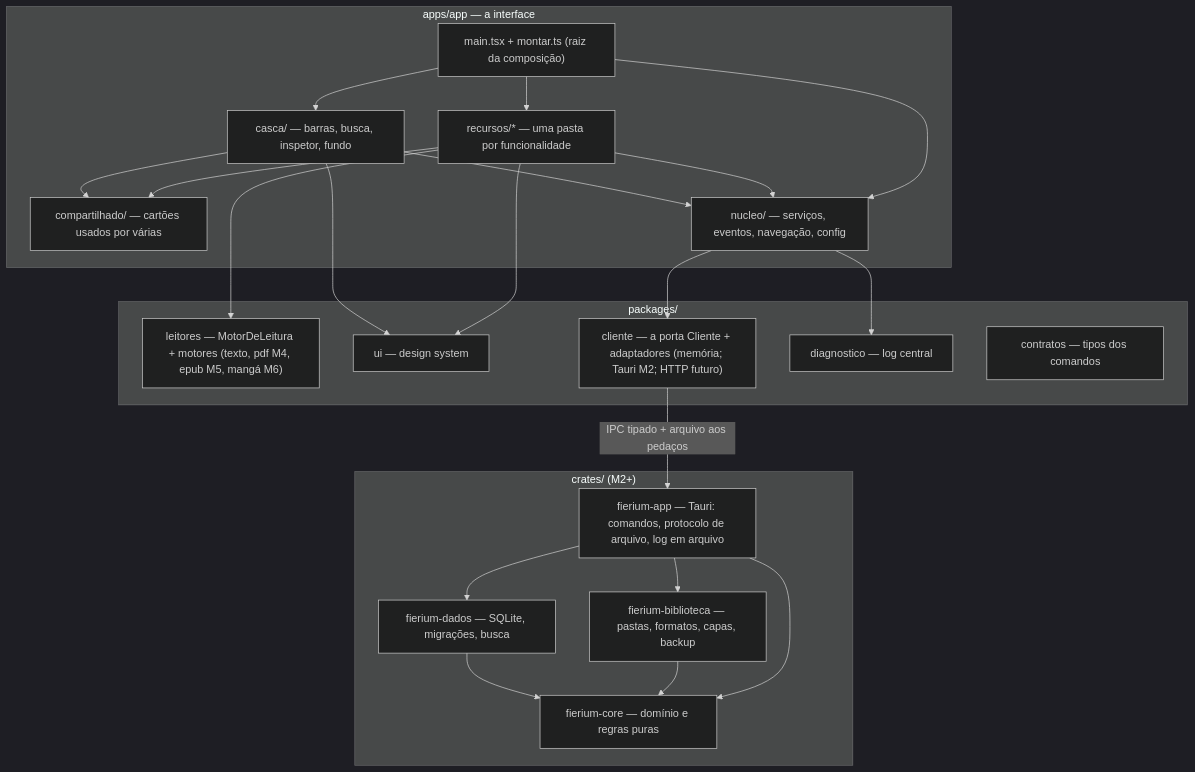
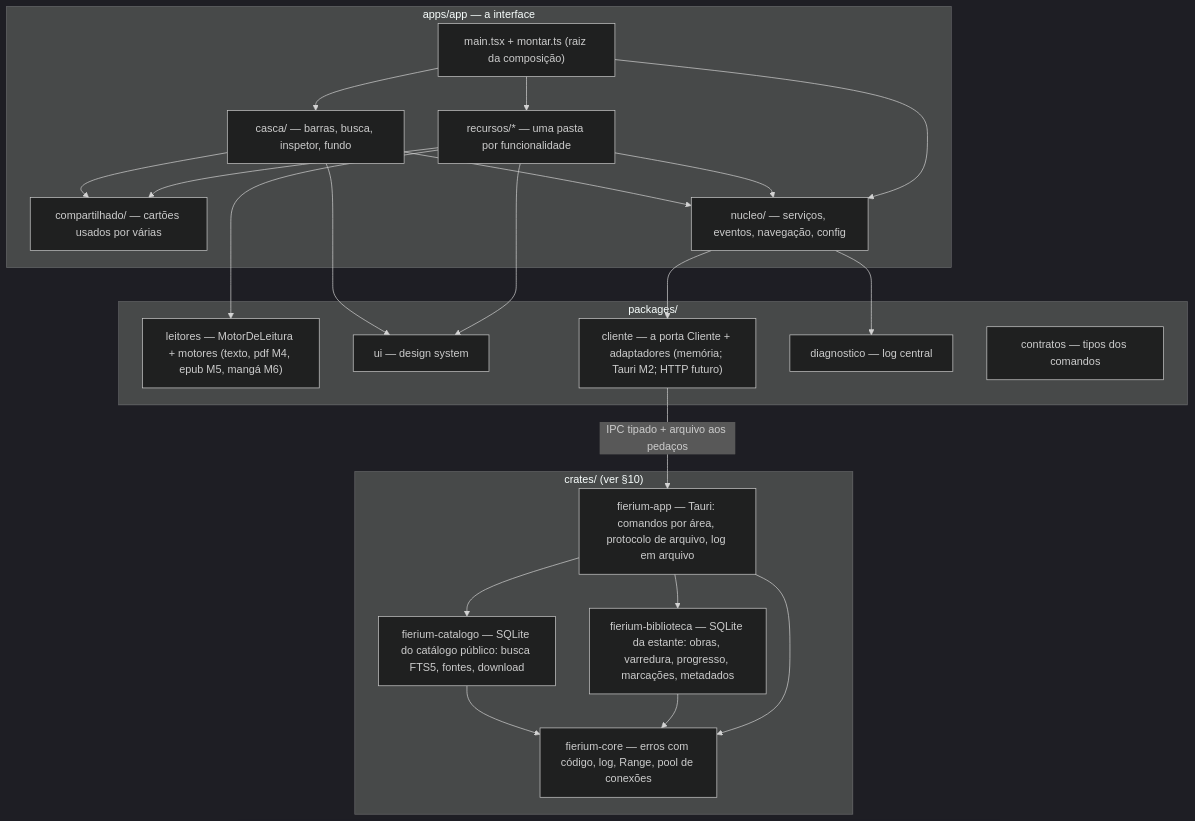
Before and after one commit to Marcelao98/Fierium: the first of 2 diagrams in docs/ARQUITETURA.md, drawn with Mermaid (dark theme). The commit also changed other lines of this file and 4 other files, not shown here.

First line of the commit message:
Docs: ARQUITETURA (Rust por dentro, conexões, desempenho), CONTRATOS com todos os comandos e JORNAL; testes de pool, página e áreas

````diff
--- a/docs/ARQUITETURA.md
+++ b/docs/ARQUITETURA.md
@@ -16,31 +16,31 @@
 ```mermaid
 flowchart TB
   subgraph APP["apps/app — a interface"]
     MAIN["main.tsx + montar.ts (raiz da composição)"]
     CASCA["casca/ — barras, busca, inspetor, fundo"]
     REC["recursos/* — uma pasta por funcionalidade"]
     COMP["compartilhado/ — cartões usados por várias"]
     NUC["nucleo/ — serviços, eventos, navegação, config"]
   end
   subgraph PKG["packages/"]
     LEI["leitores — MotorDeLeitura + motores (texto, pdf M4, epub M5, mangá M6)"]
     UI["ui — design system"]
     CLI["cliente — a porta Cliente + adaptadores (memória; Tauri M2; HTTP futuro)"]
     DIA["diagnostico — log central"]
     CON["contratos — tipos dos comandos"]
   end
-  subgraph RUST["crates/ (M2+)"]
-    APPR["fierium-app — Tauri: comandos, protocolo de arquivo, log em arquivo"]
-    BIB["fierium-biblioteca — pastas, formatos, capas, backup"]
-    DADOS["fierium-dados — SQLite, migrações, busca"]
-    CORE["fierium-core — domínio e regras puras"]
+  subgraph RUST["crates/ (ver §10)"]
+    APPR["fierium-app — Tauri: comandos por área, protocolo de arquivo, log em arquivo"]
+    BIB["fierium-biblioteca — SQLite da estante: obras, varredura, progresso, marcações, metadados"]
+    CAT["fierium-catalogo — SQLite do catálogo público: busca FTS5, fontes, download"]
+    CORE["fierium-core — erros com código, log, Range, pool de conexões"]
   end
   MAIN --> REC & CASCA & NUC
   REC --> NUC & COMP & LEI & UI
   CASCA --> NUC & COMP & UI
   NUC --> CLI & DIA
   CLI -- "IPC tipado + arquivo aos pedaços" --> APPR
-  APPR --> BIB & DADOS & CORE
+  APPR --> BIB & CAT & CORE
   BIB --> CORE
-  DADOS --> CORE
+  CAT --> CORE
 ```
````
